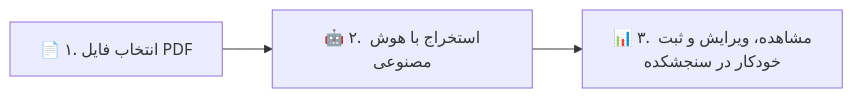
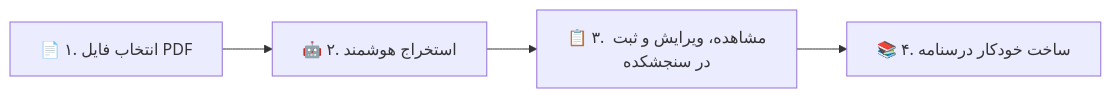
Before and after one commit to Hamed-rasooli/question-extractor: the diagram in README.md, drawn with Mermaid. The commit also changed other lines of this file, not shown here.

````diff
--- a/README.md
+++ b/README.md
@@ -51,5 +52,6 @@
 ```mermaid
 graph LR
-    A["📄 ۱. انتخاب فایل PDF"] --> B["🤖 ۲. استخراج با هوش مصنوعی"]
-    B --> C["📊 ۳. مشاهده، ویرایش و ثبت خودکار در سنجشکده"]
+    A["📄 ۱. انتخاب فایل PDF"] --> B["🤖 ۲. استخراج هوشمند"]
+    B --> C["📋 ۳. مشاهده، ویرایش و ثبت در سنجشکده"]
+    C --> D["📚 ۴. ساخت خودکار درسنامه"]
 ```
````
